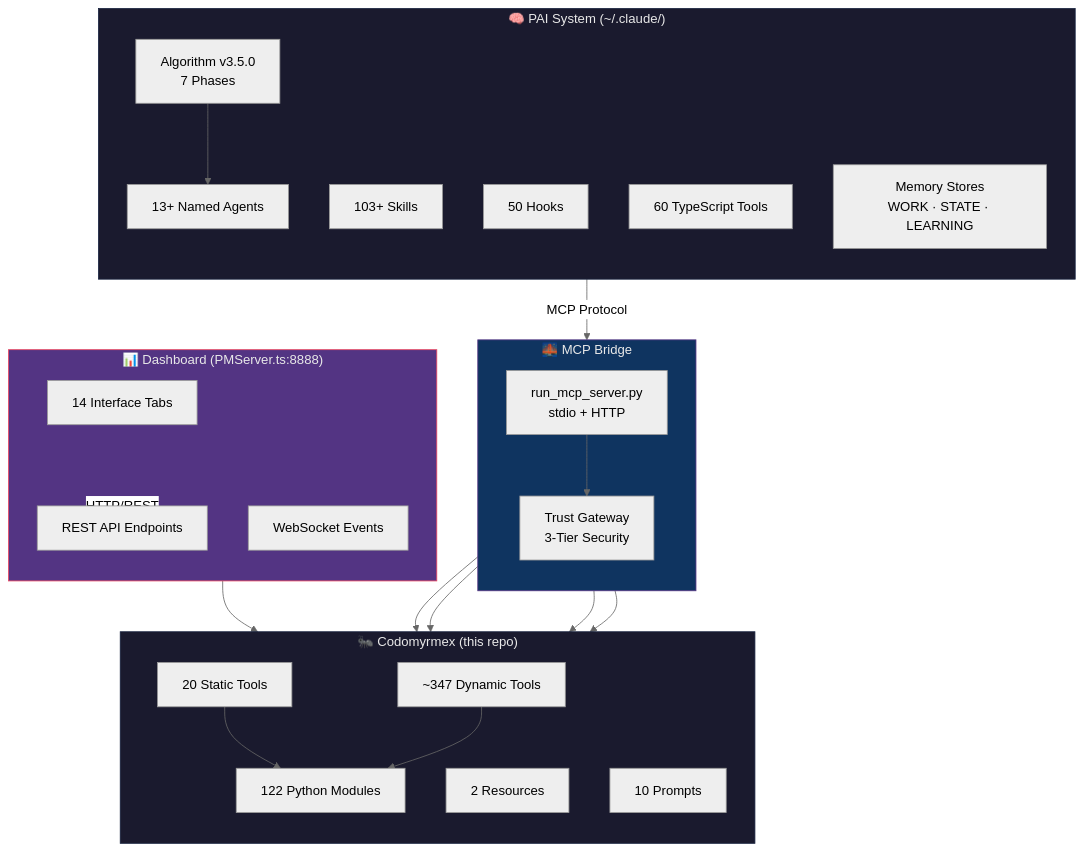
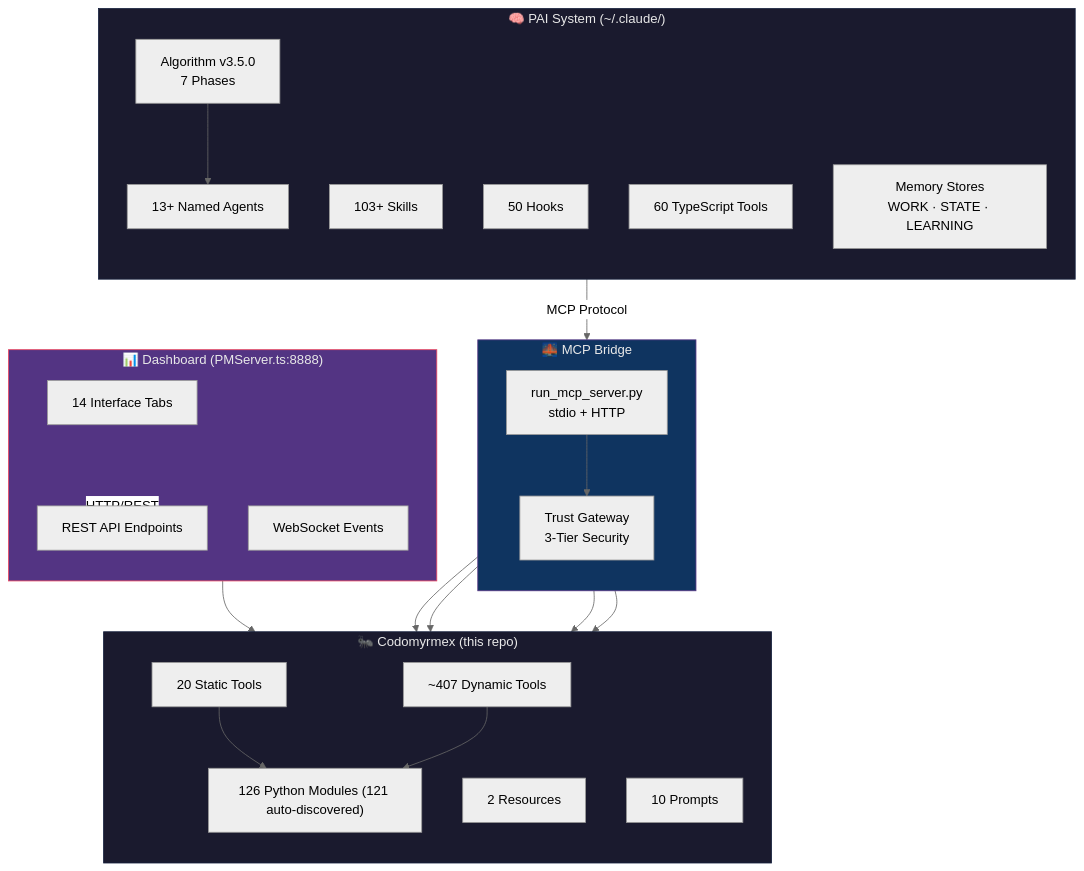
Before and after one commit to docxology/codomyrmex: the first of 8 diagrams in docs/pai/README.md, drawn with Mermaid (neutral theme). The commit also changed other lines of this file and 76 other files, not shown here.

````diff
--- a/docs/pai/README.md
+++ b/docs/pai/README.md
@@ -15,51 +15,51 @@
 ```mermaid
 graph TB
     subgraph PAI["🧠 PAI System (~/.claude/)"]
         direction TB
         ALGO["Algorithm v3.5.0<br/>7 Phases"]
         SKILLS["103+ Skills"]
         HOOKS["50 Hooks"]
         TOOLS_TS["60 TypeScript Tools"]
         AGENTS_PAI["13+ Named Agents"]
         MEMORY["Memory Stores<br/>WORK · STATE · LEARNING"]
     end
 
     subgraph BRIDGE["🌉 MCP Bridge"]
         direction TB
         MCP_SERVER["run_mcp_server.py<br/>stdio + HTTP"]
         TRUST["Trust Gateway<br/>3-Tier Security"]
     end
 
     subgraph CDM["🐜 Codomyrmex (this repo)"]
         direction TB
-        MODULES["122 Python Modules"]
+        MODULES["126 Python Modules (121 auto-discovered)"]
         STATIC["20 Static Tools"]
-        DYNAMIC["~347 Dynamic Tools"]
+        DYNAMIC["~407 Dynamic Tools"]
         RESOURCES["2 Resources"]
         PROMPTS["10 Prompts"]
     end
 
     subgraph DASH["📊 Dashboard (PMServer.ts:8888)"]
         direction TB
         TABS["14 Interface Tabs"]
         REST["REST API Endpoints"]
         WS["WebSocket Events"]
     end
 
     ALGO --> AGENTS_PAI
     AGENTS_PAI -->|"MCP Protocol"| MCP_SERVER
     MCP_SERVER --> TRUST
     TRUST --> STATIC
     TRUST --> DYNAMIC
     MCP_SERVER --> RESOURCES
     MCP_SERVER --> PROMPTS
     STATIC --> MODULES
     DYNAMIC --> MODULES
     DASH -->|"HTTP/REST"| REST
     REST --> MODULES
 
     style PAI fill:#1a1a2e,stroke:#16213e,color:#e8e8e8
     style BRIDGE fill:#0f3460,stroke:#533483,color:#e8e8e8
     style CDM fill:#1a1a2e,stroke:#16213e,color:#e8e8e8
     style DASH fill:#533483,stroke:#e94560,color:#e8e8e8
 ```
````
